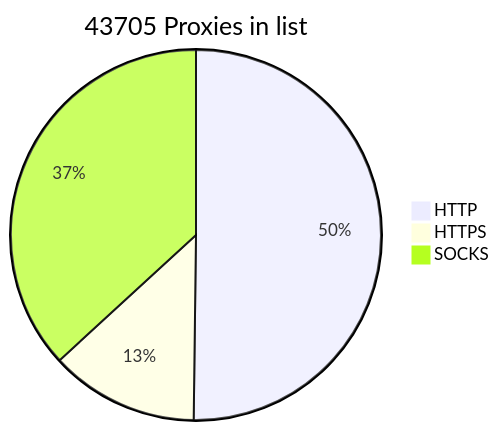
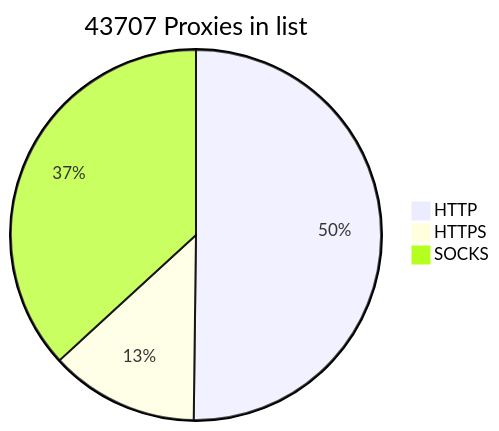
Before and after one commit to BlackSnowDot/proxylist-update-every-minute: the diagram in README.md, drawn with Mermaid.

````diff
--- a/README.md
+++ b/README.md
@@ -2,6 +2,6 @@
 ```mermaid
-pie title 43705 Proxies in list
+pie title 43707 Proxies in list
     "HTTP" : 24441
-    "HTTPS": 6318
+    "HTTPS": 6321
     "SOCKS" : 17930
 ```
````
